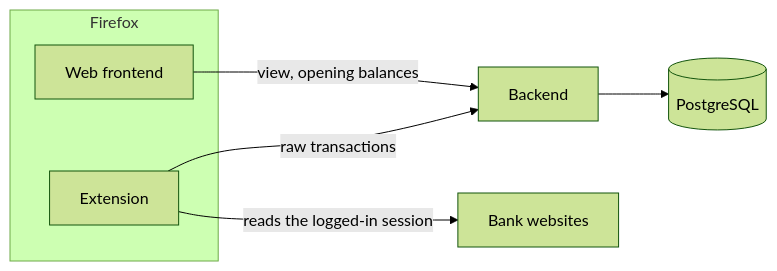
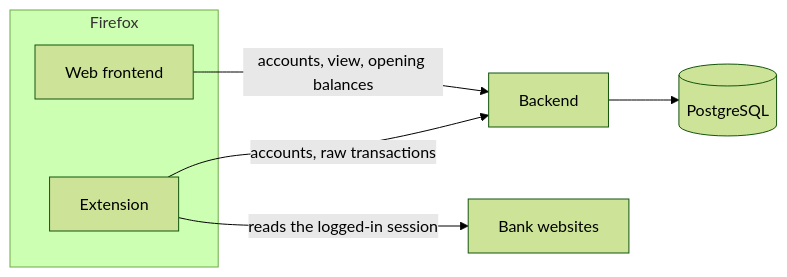
One commit to lennartmoeller/finance-tracker changed the first of 5 diagrams in docs/architecture.md. Above: the diagram before and after it, drawn with Mermaid (forest theme). The commit also changed other lines of this file and 53 other files, not shown here.

Commit message:
feat: sync ING accounts from the extension (#9)

````diff
--- a/docs/architecture.md
+++ b/docs/architecture.md
@@ -5,14 +5,14 @@
 ```mermaid
 flowchart LR
   subgraph firefox["Firefox"]
     frontend["Web frontend"]
     extension["Extension"]
   end
   backend["Backend"]
   postgres[("PostgreSQL")]
   websites["Bank websites"]
-  frontend -- "view, opening balances" --> backend
-  extension -- "raw transactions" --> backend
+  frontend -- "accounts, view, opening balances" --> backend
+  extension -- "accounts, raw transactions" --> backend
   extension -- "reads the logged-in session" --> websites
   backend --> postgres
 ```
````
